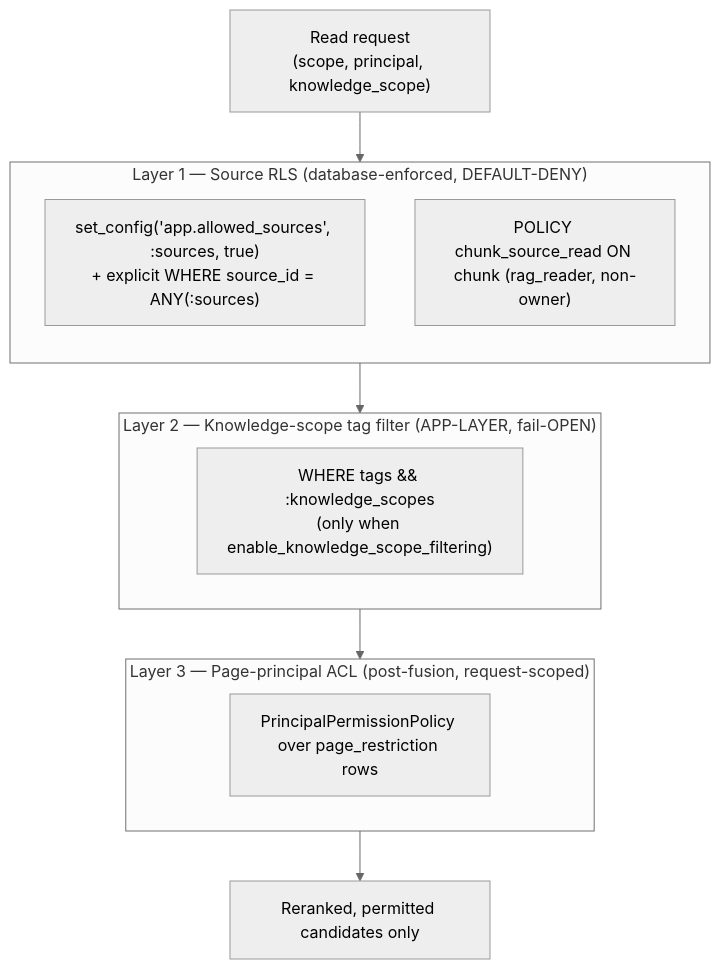
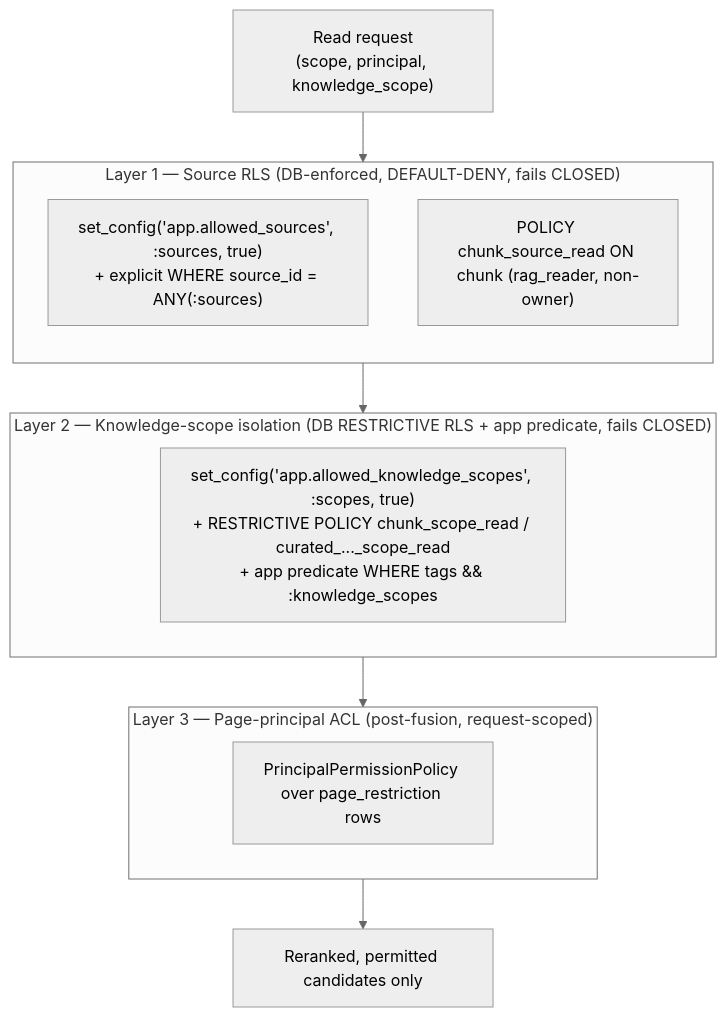
One commit to vansteenbergenmatisse/Obi_v1 changed the diagram in docs/final_design/05-security-isolation.md. Above: the diagram before and after it, drawn with Mermaid (neutral theme). The commit also changed other lines of this file and 6 other files, not shown here.

````diff
--- a/docs/final_design/05-security-isolation.md
+++ b/docs/final_design/05-security-isolation.md
@@ -9,18 +13,18 @@
 ```mermaid
 flowchart TB
   Q["Read request<br/>(scope, principal, knowledge_scope)"] --> L1
-  subgraph L1["Layer 1 — Source RLS (database-enforced, DEFAULT-DENY)"]
+  subgraph L1["Layer 1 — Source RLS (DB-enforced, DEFAULT-DENY, fails CLOSED)"]
     direction TB
     G["set_config('app.allowed_sources', :sources, true)<br/>+ explicit WHERE source_id = ANY(:sources)"]
     P["POLICY chunk_source_read ON chunk (rag_reader, non-owner)"]
   end
   L1 --> L2
-  subgraph L2["Layer 2 — Knowledge-scope tag filter (APP-LAYER, fail-OPEN)"]
-    K["WHERE tags && :knowledge_scopes<br/>(only when enable_knowledge_scope_filtering)"]
+  subgraph L2["Layer 2 — Knowledge-scope isolation (DB RESTRICTIVE RLS + app predicate, fails CLOSED)"]
+    K["set_config('app.allowed_knowledge_scopes', :scopes, true)<br/>+ RESTRICTIVE POLICY chunk_scope_read / curated_..._scope_read<br/>+ app predicate WHERE tags && :knowledge_scopes"]
   end
   L2 --> L3
   subgraph L3["Layer 3 — Page-principal ACL (post-fusion, request-scoped)"]
     A["PrincipalPermissionPolicy over page_restriction rows"]
   end
   L3 --> R["Reranked, permitted candidates only"]
 ```
````
